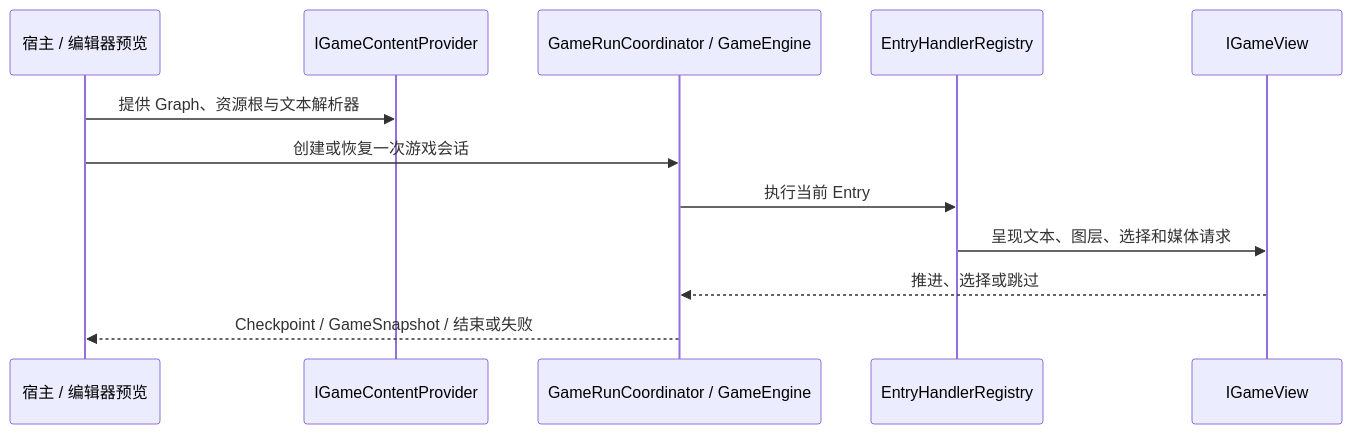
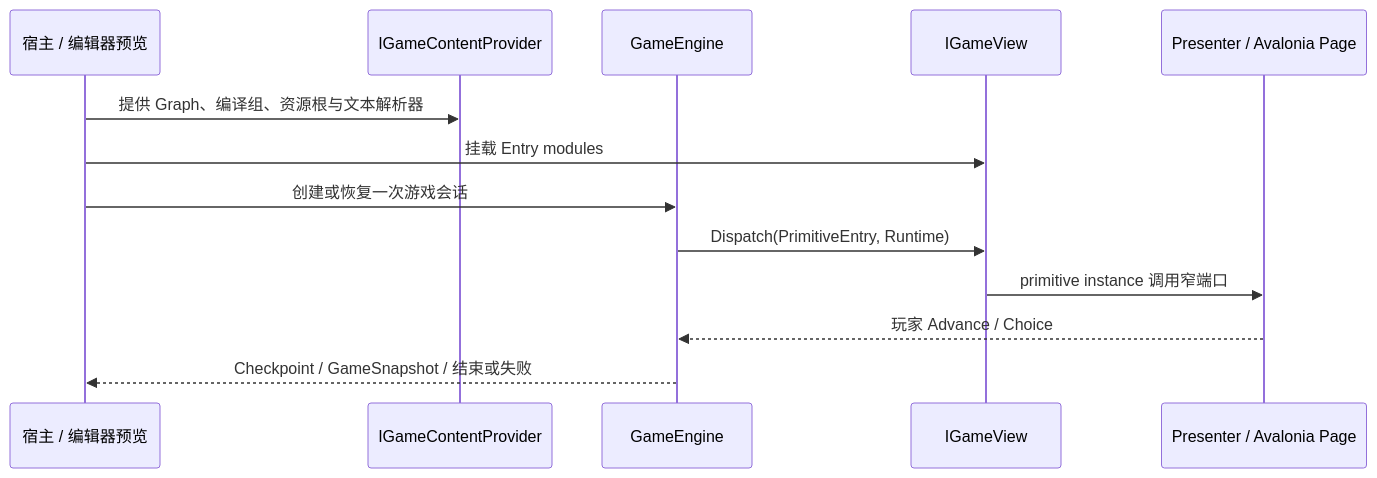
The second of 2 diagrams in docs/spec/architecture.md (StarryXYJ/Gal.Net), drawn with Mermaid before and after one commit. The commit also changed other lines of this file and 22 other files, not shown here.

````diff
--- a/docs/spec/architecture.md
+++ b/docs/spec/architecture.md
@@ -49,14 +52,15 @@
 ```mermaid
 sequenceDiagram
   participant Host as 宿主 / 编辑器预览
   participant Content as IGameContentProvider
-  participant Run as GameRunCoordinator / GameEngine
-  participant Handlers as EntryHandlerRegistry
+  participant Engine as GameEngine
   participant View as IGameView
-  Host->>Content: 提供 Graph、资源根与文本解析器
-  Host->>Run: 创建或恢复一次游戏会话
-  Run->>Handlers: 执行当前 Entry
-  Handlers->>View: 呈现文本、图层、选择和媒体请求
-  View-->>Run: 推进、选择或跳过
-  Run-->>Host: Checkpoint / GameSnapshot / 结束或失败
+  participant Presenter as Presenter / Avalonia Page
+  Host->>Content: 提供 Graph、编译组、资源根与文本解析器
+  Host->>View: 挂载 Entry modules
+  Host->>Engine: 创建或恢复一次游戏会话
+  Engine->>View: Dispatch(PrimitiveEntry, Runtime)
+  View->>Presenter: primitive instance 调用窄端口
+  Presenter-->>Engine: 玩家 Advance / Choice
+  Engine-->>Host: Checkpoint / GameSnapshot / 结束或失败
 ```
````
